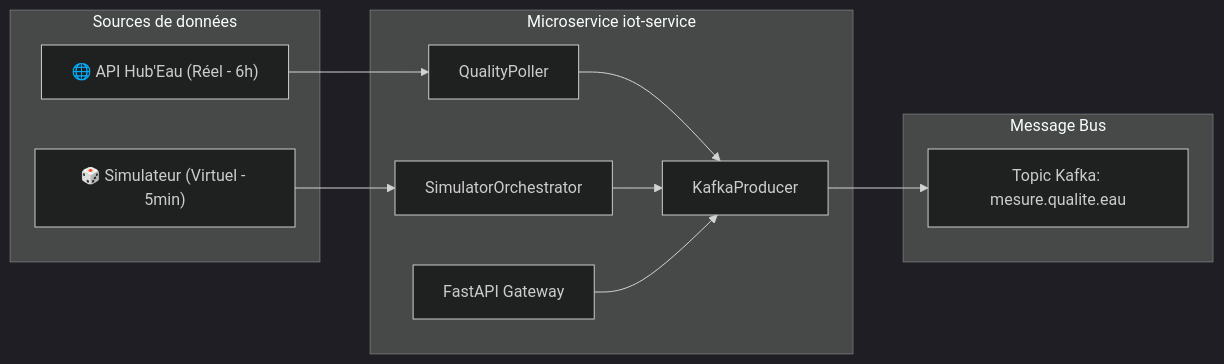
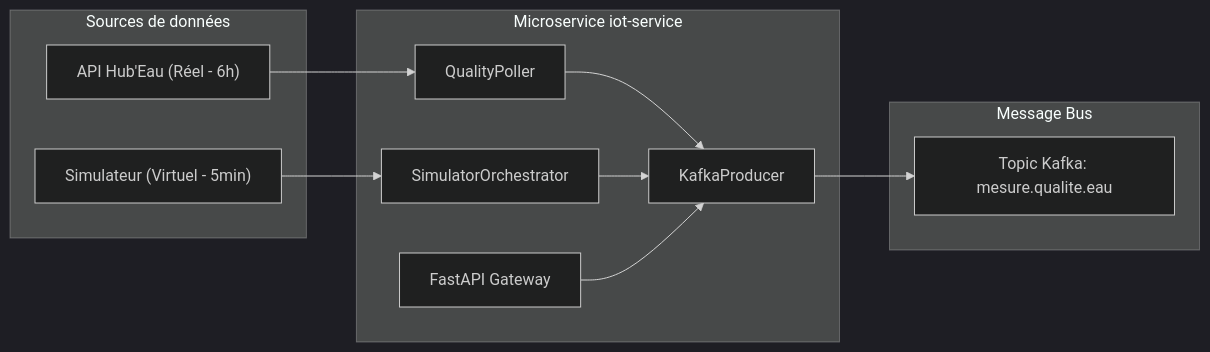
One commit to noukpoherve/xtreme-programming changed the diagram in EC03_P2_NomPrenom_UrbanHub_Documentation/docs/index.md. Above: the diagram before and after it, drawn with Mermaid (dark theme). The commit also changed other lines of this file and 15 other files, not shown here.

````diff
--- a/EC03_P2_NomPrenom_UrbanHub_Documentation/docs/index.md
+++ b/EC03_P2_NomPrenom_UrbanHub_Documentation/docs/index.md
@@ -11,25 +11,25 @@
 ```mermaid
 graph LR
-    subgraph Sources ["Sources de données"]
-        HubEau["🌐 API Hub'Eau (Réel - 6h)"]
-        Simu["🎲 Simulateur (Virtuel - 5min)"]
-    end
+ subgraph Sources ["Sources de données"]
+ HubEau[" API Hub'Eau (Réel - 6h)"]
+ Simu[" Simulateur (Virtuel - 5min)"]
+ end
 
-    subgraph Core ["Microservice iot-service"]
-        API["FastAPI Gateway"]
-        Poller["QualityPoller"]
-        Orch["SimulatorOrchestrator"]
-        Producer["KafkaProducer"]
-    end
+ subgraph Core ["Microservice iot-service"]
+ API["FastAPI Gateway"]
+ Poller["QualityPoller"]
+ Orch["SimulatorOrchestrator"]
+ Producer["KafkaProducer"]
+ end
 
-    subgraph Bus ["Message Bus"]
-        Topic["Topic Kafka: mesure.qualite.eau"]
-    end
+ subgraph Bus ["Message Bus"]
+ Topic["Topic Kafka: mesure.qualite.eau"]
+ end
 
-    HubEau --> Poller
-    Simu --> Orch
-    Poller --> Producer
-    Orch --> Producer
-    API --> Producer
-    Producer --> Topic
+ HubEau --> Poller
+ Simu --> Orch
+ Poller --> Producer
+ Orch --> Producer
+ API --> Producer
+ Producer --> Topic
 ```
````
